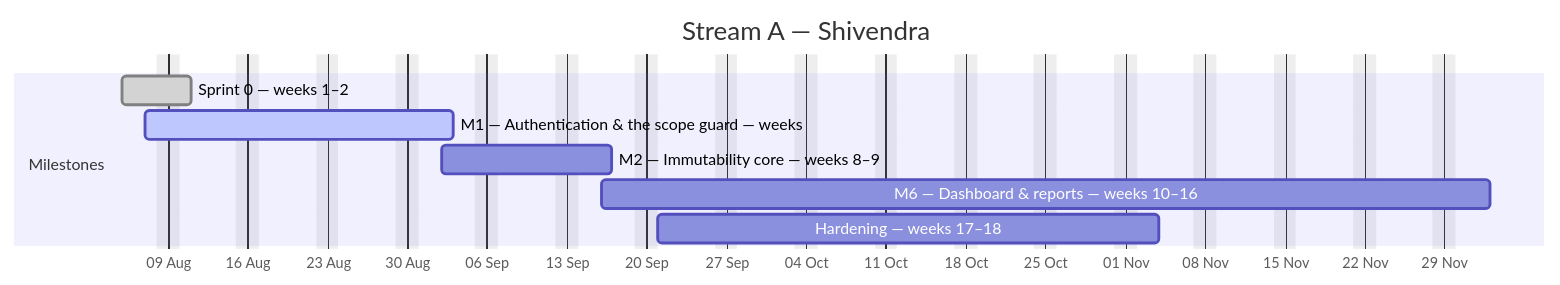
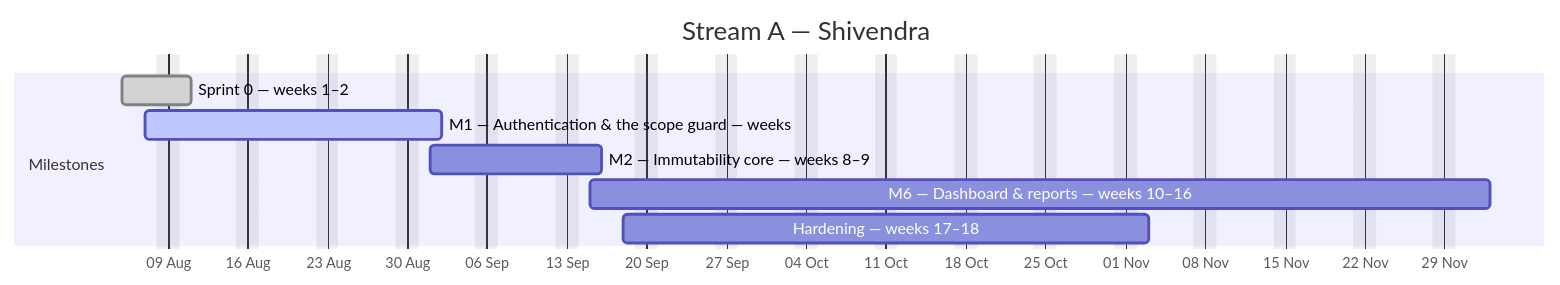
The first of 4 diagrams in docs/plan/GANTT.md (debashisedunext/EduTrack), drawn with Mermaid before and after one commit. The commit also changed other lines of this file and 2 other files, not shown here.

````diff
--- a/docs/plan/GANTT.md
+++ b/docs/plan/GANTT.md
@@ -126,13 +126,13 @@
 ```mermaid
 gantt
     dateFormat YYYY-MM-DD
     axisFormat %d %b
     title Stream A — Shivendra
     excludes weekends
     section Milestones
     Sprint 0 — weeks 1–2 :done, a0, 2026-08-05, 4d
-    M1 — Authentication & the scope guard — weeks :active, a1, 2026-08-07, 19d
-    M2 — Immutability core — weeks 8–9 :a2, 2026-09-02, 11d
-    M6 — Dashboard & reports — weeks 10–16 :a3, 2026-09-16, 56d
-    Hardening — weeks 17–18 :a4, 2026-09-21, 32d
+    M1 — Authentication & the scope guard — weeks :active, a1, 2026-08-07, 18d
+    M2 — Immutability core — weeks 8–9 :a2, 2026-09-01, 11d
+    M6 — Dashboard & reports — weeks 10–16 :a3, 2026-09-15, 57d
+    Hardening — weeks 17–18 :a4, 2026-09-18, 32d
 ```
````
